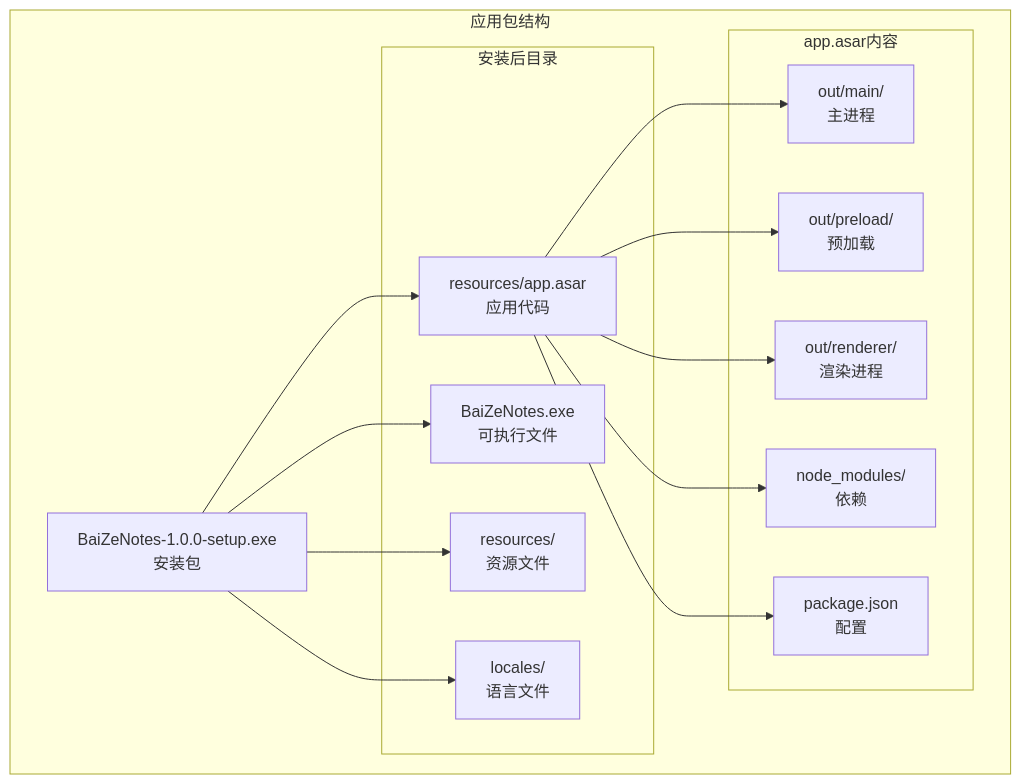
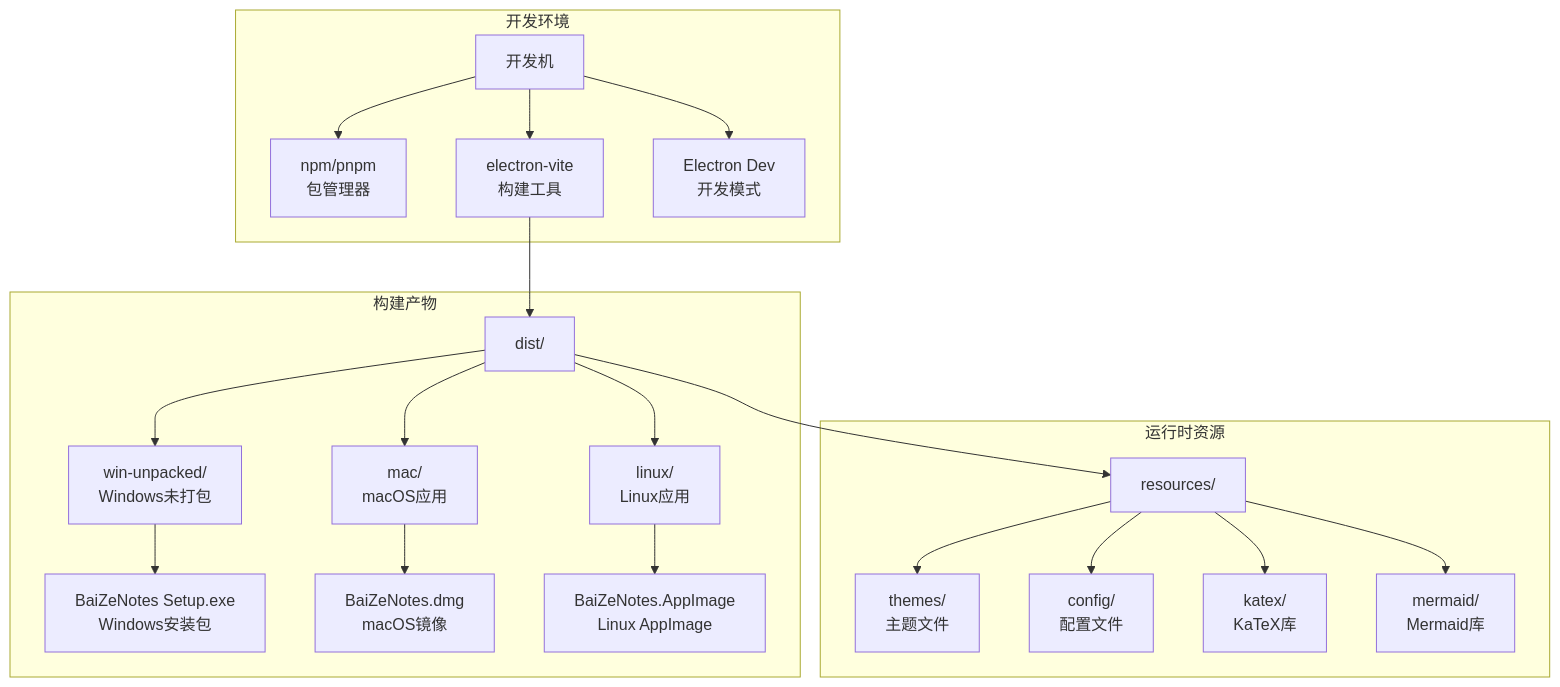
The ninth of 34 diagrams in doc/架构文档.md (hemy08/BaiZeNotesByVue), drawn with Mermaid before and after one commit. The commit also changed other lines of this file and 41 other files, not shown here.

````diff
--- a/doc/架构文档.md
+++ b/doc/架构文档.md
@@ -620,32 +384,31 @@
 ```mermaid
 graph TB
-    subgraph "应用包结构"
-        A[BaiZeNotes-1.0.0-setup.exe<br/>安装包]
-
-        subgraph "安装后目录"
-            B1[resources/app.asar<br/>应用代码]
-            B2[BaiZeNotes.exe<br/>可执行文件]
-            B3[resources/<br/>资源文件]
-            B4[locales/<br/>语言文件]
-        end
-
-        subgraph "app.asar内容"
-            C1[out/main/<br/>主进程]
-            C2[out/preload/<br/>预加载]
-            C3[out/renderer/<br/>渲染进程]
-            C4[node_modules/<br/>依赖]
-            C5[package.json<br/>配置]
-        end
+    subgraph 开发环境
+        DEV[开发机]
+        DEV --> NPM[npm/pnpm<br/>包管理器]
+        DEV --> VITE[electron-vite<br/>构建工具]
+        DEV --> ELECTRON_DEV[Electron Dev<br/>开发模式]
     end
-
-    A --> B1
-    A --> B2
-    A --> B3
-    A --> B4
-
-    B1 --> C1
-    B1 --> C2
-    B1 --> C3
-    B1 --> C4
-    B1 --> C5
+    
+    subgraph 构建产物
+        DIST[dist/]
+        DIST --> WIN[win-unpacked/<br/>Windows未打包]
+        DIST --> MAC[mac/<br/>macOS应用]
+        DIST --> LINUX[linux/<br/>Linux应用]
+        
+        WIN --> WIN_INSTALLER[BaiZeNotes Setup.exe<br/>Windows安装包]
+        MAC --> MAC_DMG[BaiZeNotes.dmg<br/>macOS镜像]
+        LINUX --> LINUX_APP[BaiZeNotes.AppImage<br/>Linux AppImage]
+    end
+    
+    subgraph 运行时资源
+        RESOURCES[resources/]
+        RESOURCES --> THEMES[themes/<br/>主题文件]
+        RESOURCES --> CONFIG[config/<br/>配置文件]
+        RESOURCES --> KATEX[katex/<br/>KaTeX库]
+        RESOURCES --> MERMAID[mermaid/<br/>Mermaid库]
+    end
+    
+    VITE --> DIST
+    DIST --> RESOURCES
 ```
````
